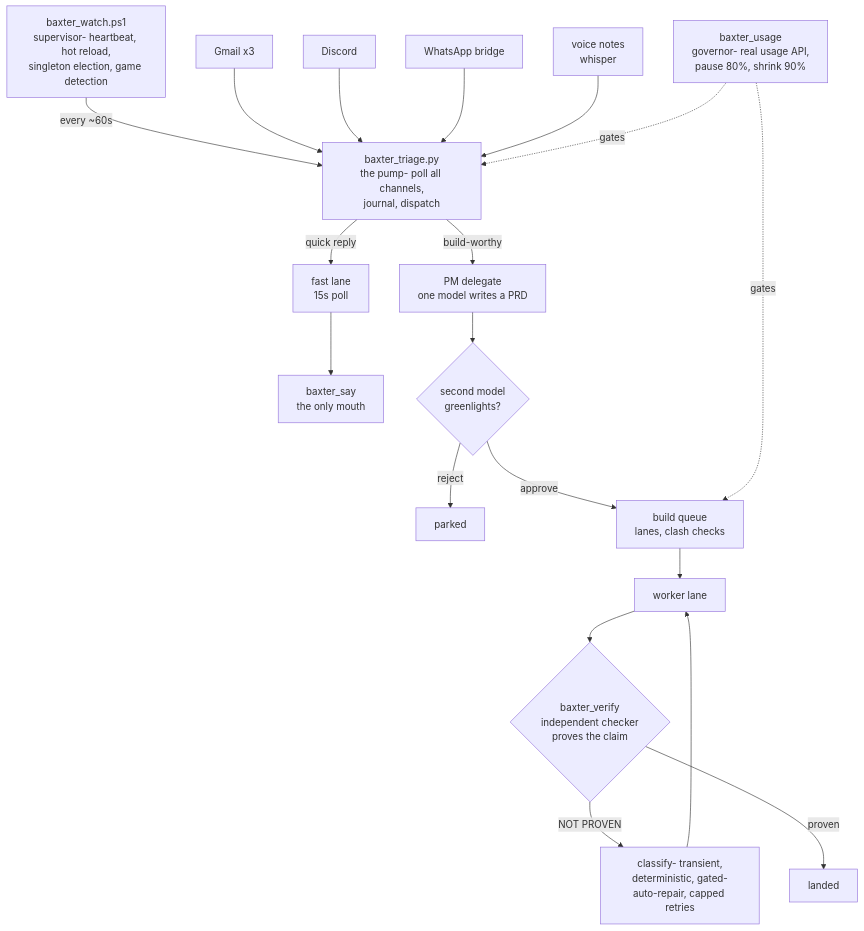
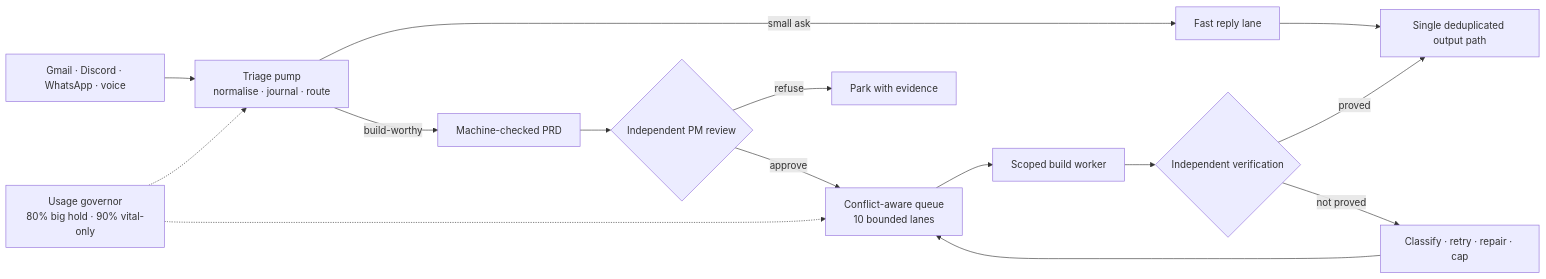
Before and after one commit to LolStar123/baxter: the diagram in README.md, drawn with Mermaid. The commit also changed other lines of this file and 3 other files, not shown here.

````diff
--- a/README.md
+++ b/README.md
@@ -25,20 +33,17 @@
 ```mermaid
-flowchart TD
-    W["baxter_watch.ps1<br/>supervisor- heartbeat, hot reload,<br/>singleton election, game detection"] -->|"every ~60s"| T["baxter_triage.py<br/>the pump- poll all channels,<br/>journal, dispatch"]
-    G["Gmail x3"] --> T
-    D["Discord"] --> T
-    WA["WhatsApp bridge"] --> T
-    V["voice notes<br/>whisper"] --> T
-    T -->|"quick reply"| F["fast lane<br/>15s poll"] --> SAY["baxter_say<br/>the only mouth"]
-    T -->|"build-worthy"| PM["PM delegate<br/>one model writes a PRD"]
-    PM --> MGR{"second model<br/>greenlights?"}
-    MGR -->|"reject"| PARK["parked"]
-    MGR -->|"approve"| Q["build queue<br/>lanes, clash checks"]
-    Q --> LANE["worker lane"]
-    LANE --> VER{"baxter_verify<br/>independent checker<br/>proves the claim"}
-    VER -->|"NOT PROVEN"| REPAIR["classify- transient,<br/>deterministic, gated-<br/>auto-repair, capped retries"]
-    REPAIR --> LANE
-    VER -->|"proven"| LAND["landed"]
-    U["baxter_usage<br/>governor- real usage API,<br/>pause 80%, shrink 90%"] -. gates .-> T
-    U -. gates .-> Q
+flowchart LR
+    INPUTS["Gmail · Discord · WhatsApp · voice"] --> PUMP["Triage pump<br/>normalise · journal · route"]
+    PUMP -->|"small ask"| FAST["Fast reply lane"]
+    FAST --> MOUTH["Single deduplicated output path"]
+    PUMP -->|"build-worthy"| PRD["Machine-checked PRD"]
+    PRD --> REVIEW{"Independent PM review"}
+    REVIEW -->|"refuse"| PARK["Park with evidence"]
+    REVIEW -->|"approve"| QUEUE["Conflict-aware queue<br/>10 bounded lanes"]
+    QUEUE --> WORKER["Scoped build worker"]
+    WORKER --> VERIFY{"Independent verification"}
+    VERIFY -->|"proved"| MOUTH
+    VERIFY -->|"not proved"| REPAIR["Classify · retry · repair · cap"]
+    REPAIR --> QUEUE
+    USAGE["Usage governor<br/>80% big hold · 90% vital-only"] -.-> PUMP
+    USAGE -.-> QUEUE
 ```
````
